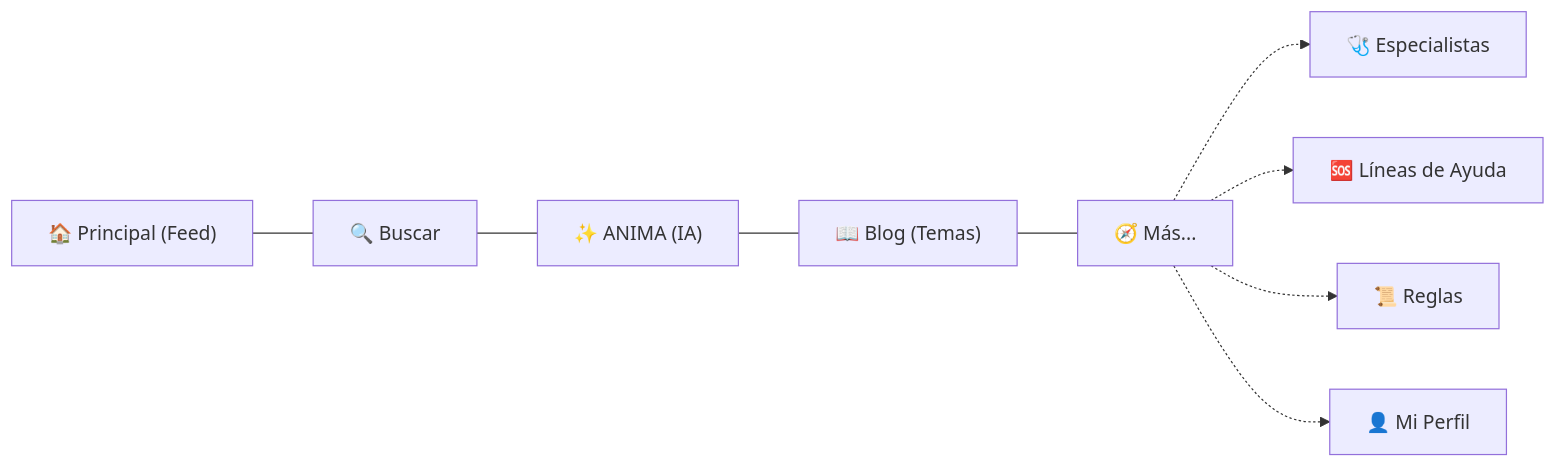
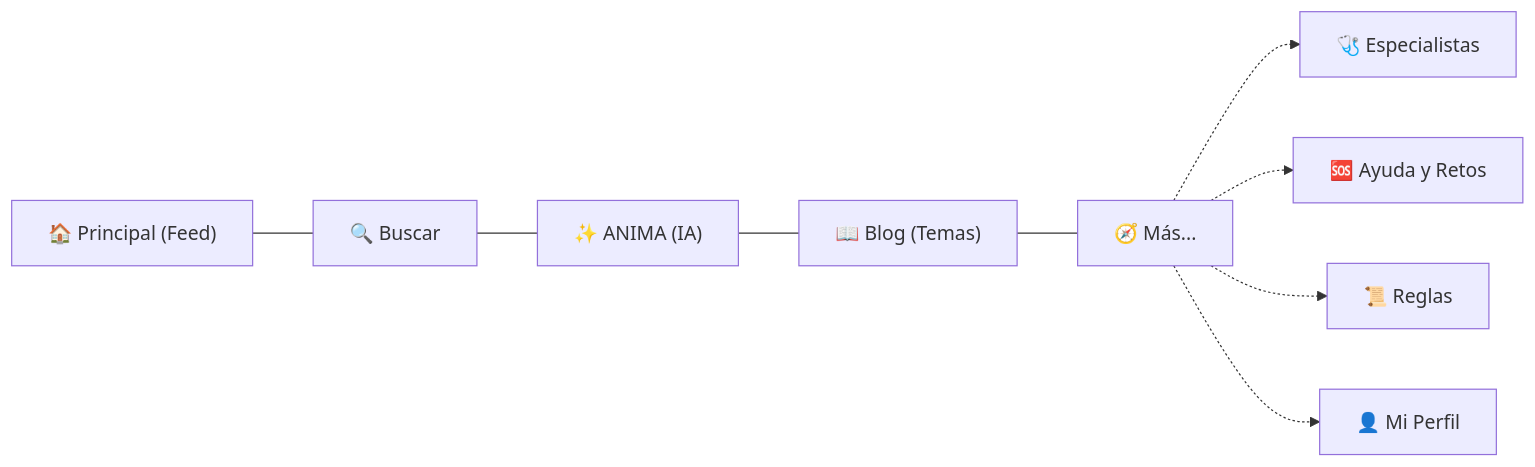
Before and after one commit to GuillermoMH10/ENTRE.NOSOTROS.COMUNITY: the second of 4 diagrams in MANUAL_DE_USUARIO.md, drawn with Mermaid. The commit also changed other lines of this file, not shown here.

````diff
--- a/MANUAL_DE_USUARIO.md
+++ b/MANUAL_DE_USUARIO.md
@@ -110,12 +116,12 @@
 ```mermaid
 flowchart LR
     P1["🏠 Principal (Feed)"] --- P2["🔍 Buscar"]
     P2 --- P3["✨ ANIMA (IA)"]
     P3 --- P4["📖 Blog (Temas)"]
     P4 --- P5["🧭 Más..."]
 
     P5 -.-> M1["🩺 Especialistas"]
-    P5 -.-> M2["🆘 Líneas de Ayuda"]
+    P5 -.-> M2["🆘 Ayuda y Retos"]
     P5 -.-> M3["📜 Reglas"]
     P5 -.-> M4["👤 Mi Perfil"]
 ```
````
